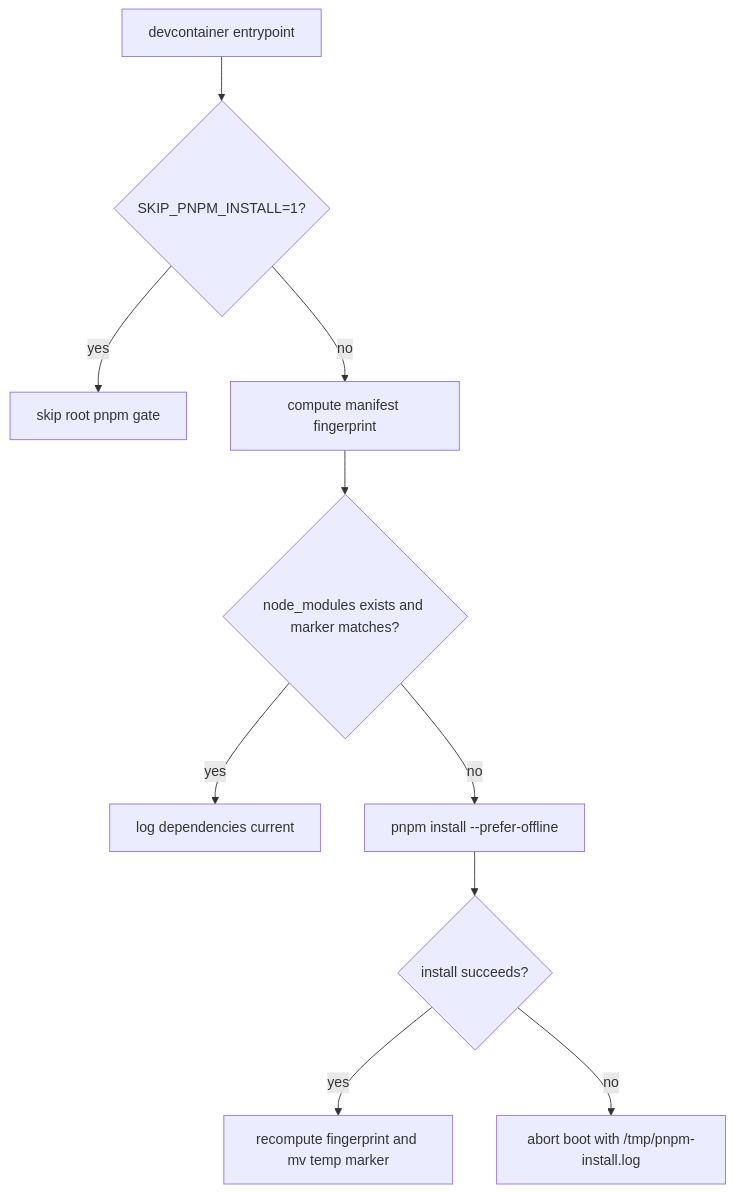
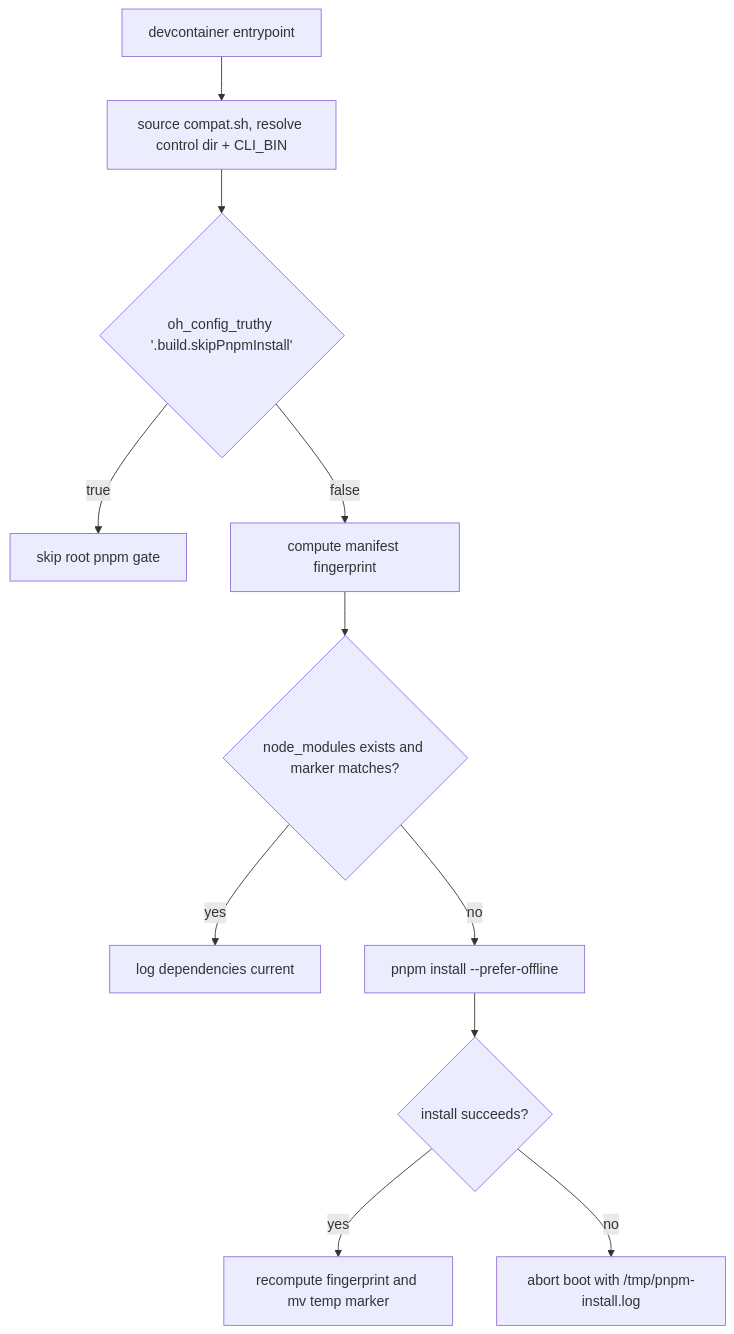
Before and after one commit to ryaneggz/open-harness: the diagram in .agro/knowledge/source/sandbox-dependency-installs.md, drawn with Mermaid. The commit also changed other lines of this file and 13 other files, not shown here.

````diff
--- a/.agro/knowledge/source/sandbox-dependency-installs.md
+++ b/.agro/knowledge/source/sandbox-dependency-installs.md
@@ -40,12 +40,13 @@
 ```mermaid
 flowchart TD
-  A[devcontainer entrypoint] --> B{SKIP_PNPM_INSTALL=1?}
-  B -->|yes| C[skip root pnpm gate]
-  B -->|no| D[compute manifest fingerprint]
+  A[devcontainer entrypoint] --> A2[source compat.sh, resolve control dir + CLI_BIN]
+  A2 --> B{"oh_config_truthy '.build.skipPnpmInstall'"}
+  B -->|true| C[skip root pnpm gate]
+  B -->|false| D[compute manifest fingerprint]
   D --> E{node_modules exists and marker matches?}
   E -->|yes| F[log dependencies current]
   E -->|no| G[pnpm install --prefer-offline]
   G --> H{install succeeds?}
   H -->|yes| I[recompute fingerprint and mv temp marker]
   H -->|no| J[abort boot with /tmp/pnpm-install.log]
 ```
````
